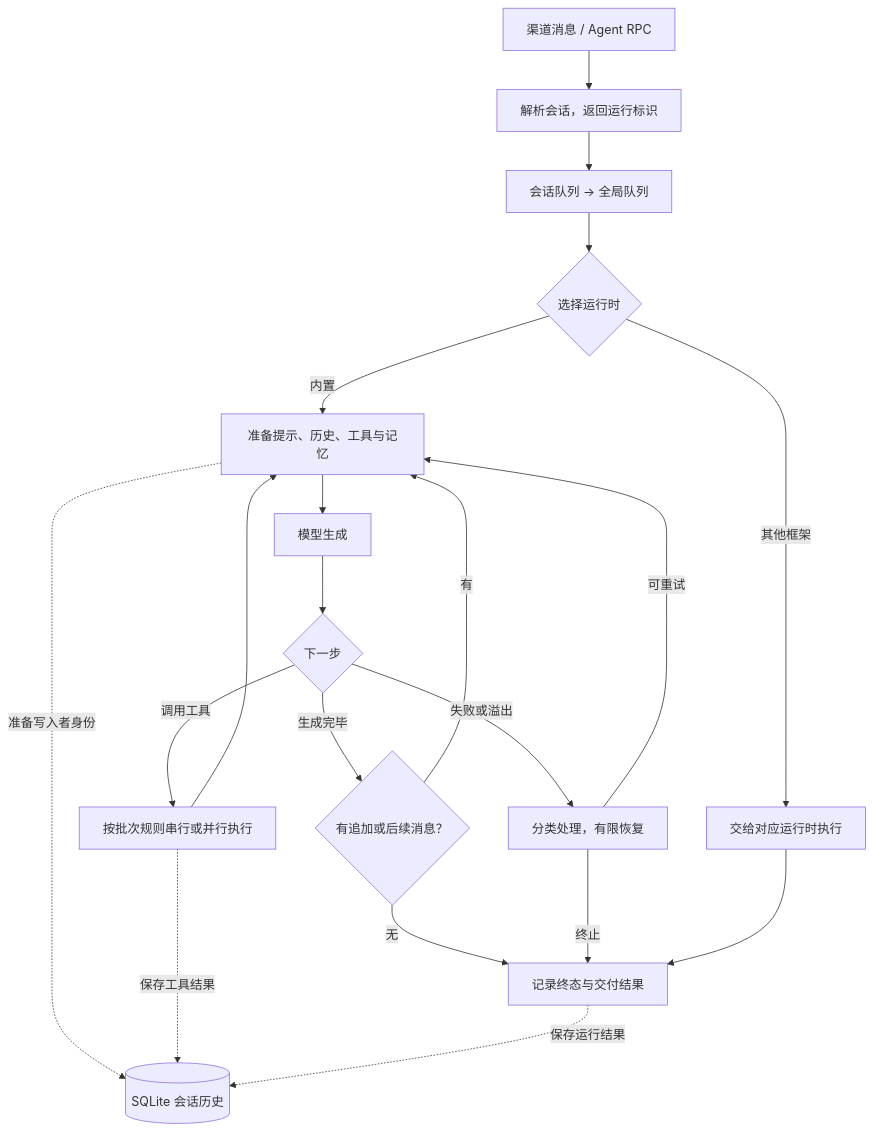
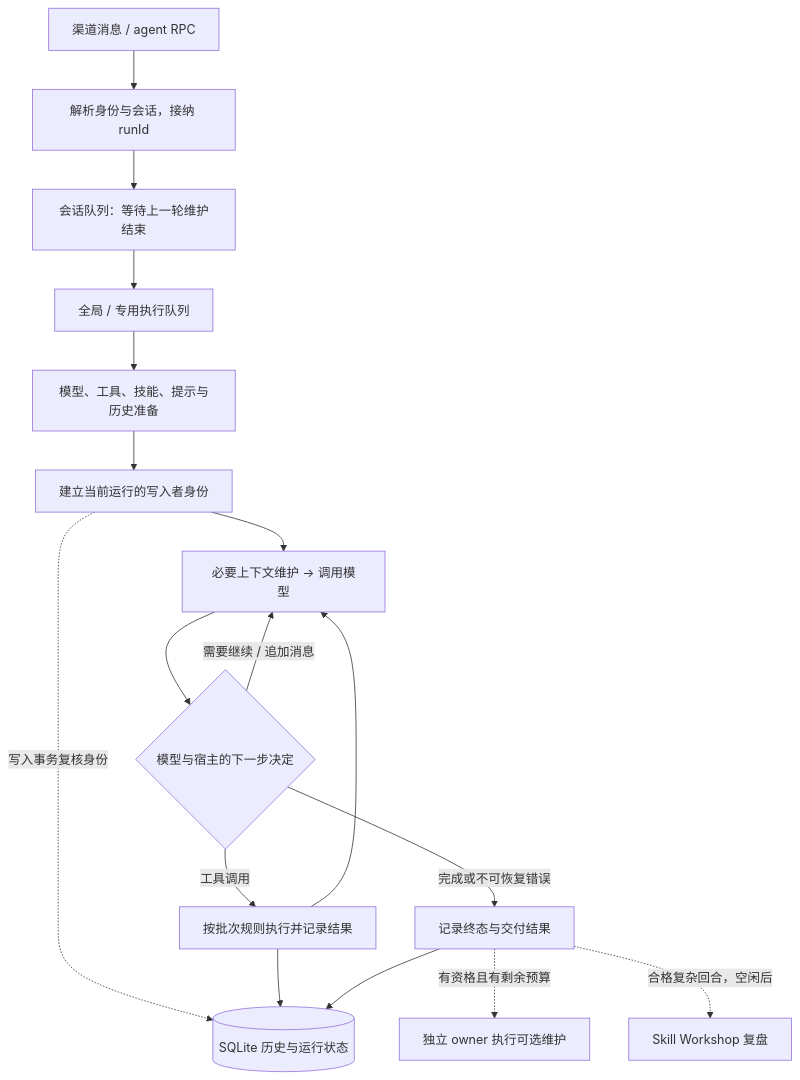
One commit to Uyouii/Reading changed the first of 2 diagrams in 大模型/Agents/OpenClaw 设计与实现.md. Above: the diagram before and after it, drawn with Mermaid. The commit also changed other lines of this file, not shown here.

````diff
--- a/大模型/Agents/OpenClaw 设计与实现.md
+++ b/大模型/Agents/OpenClaw 设计与实现.md
@@ -42,22 +81,19 @@
 ```mermaid
-flowchart TD
-    A["渠道消息 / Agent RPC"] --> B["解析会话，返回运行标识"]
-    B --> C["会话队列 → 全局队列"]
-    C --> D{"选择运行时"}
-    D -->|内置| E["准备提示、历史、工具与记忆"]
-    D -->|其他框架| X["交给对应运行时执行"]
-    E --> F["模型生成"]
-    F --> G{"下一步"}
-    G -->|调用工具| H["按批次规则串行或并行执行"]
-    H --> E
-    G -->|生成完毕| I{"有追加或后续消息？"}
-    I -->|有| E
-    I -->|无| J["记录终态与交付结果"]
-    G -->|失败或溢出| K["分类处理，有限恢复"]
-    K -->|可重试| E
-    K -->|终止| J
-    X --> J
-    E -. "准备写入者身份" .-> S[("SQLite 会话历史")]
-    H -. "保存工具结果" .-> S
-    J -. "保存运行结果" .-> S
+flowchart TB
+    A["渠道消息 / agent RPC"] --> B["解析身份与会话，接纳 runId"]
+    B --> C["会话队列：等待上一轮维护结束"]
+    C --> D["全局 / 专用执行队列"]
+    D --> E["模型、工具、技能、提示与历史准备"]
+    E --> W["建立当前运行的写入者身份"]
+    W --> F["必要上下文维护 → 调用模型"]
+    F --> G{"模型与宿主的下一步决定"}
+    G -->|工具调用| H["按批次规则执行并记录结果"]
+    H --> F
+    G -->|需要继续 / 追加消息| F
+    G -->|完成或不可恢复错误| I["记录终态与交付结果"]
+    I -. "有资格且有剩余预算" .-> J["独立 owner 执行可选维护"]
+    I -. "合格复杂回合，空闲后" .-> K["Skill Workshop 复盘"]
+    W -. "写入事务复核身份" .-> S[("SQLite 历史与运行状态")]
+    H --> S
+    I --> S
 ```
````
